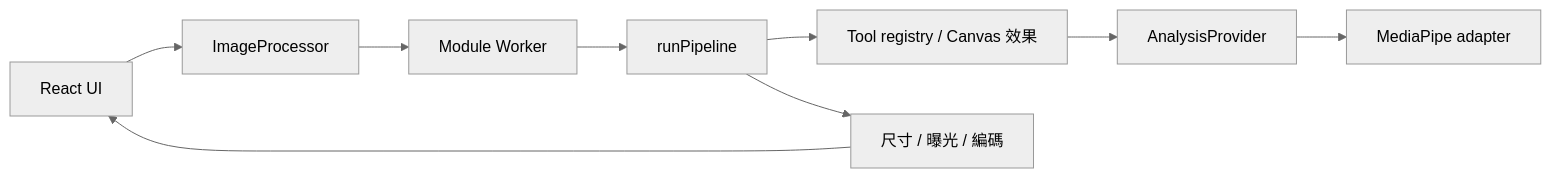
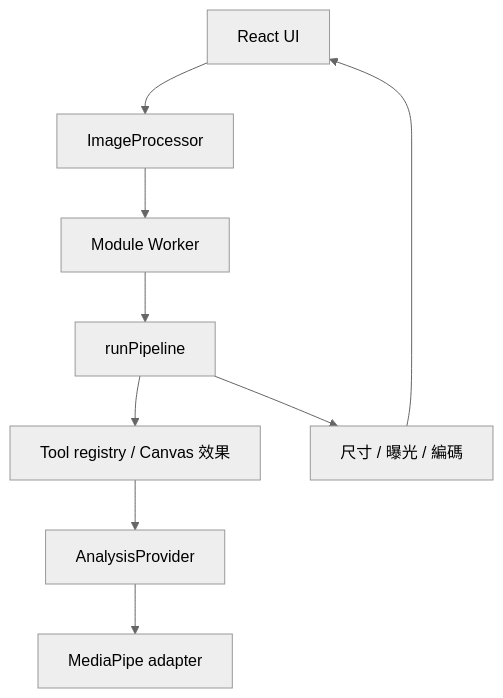
One commit to ntustRay/pixel-workbench changed the diagram in docs/architecture.md. Above: the diagram before and after it, drawn with Mermaid (neutral theme). The commit also changed other lines of this file and 25 other files, not shown here.

````diff
--- a/docs/architecture.md
+++ b/docs/architecture.md
@@ -5,11 +5,11 @@
 ```mermaid
-flowchart LR
+flowchart TD
   UI[React UI] --> Client[ImageProcessor]
   Client --> Worker[Module Worker]
   Worker --> Pipeline[runPipeline]
   Pipeline --> Tools[Tool registry / Canvas 效果]
   Tools --> Analysis[AnalysisProvider]
   Analysis --> MediaPipe[MediaPipe adapter]
   Pipeline --> Output[尺寸 / 曝光 / 編碼]
   Output --> UI
 ```
````
